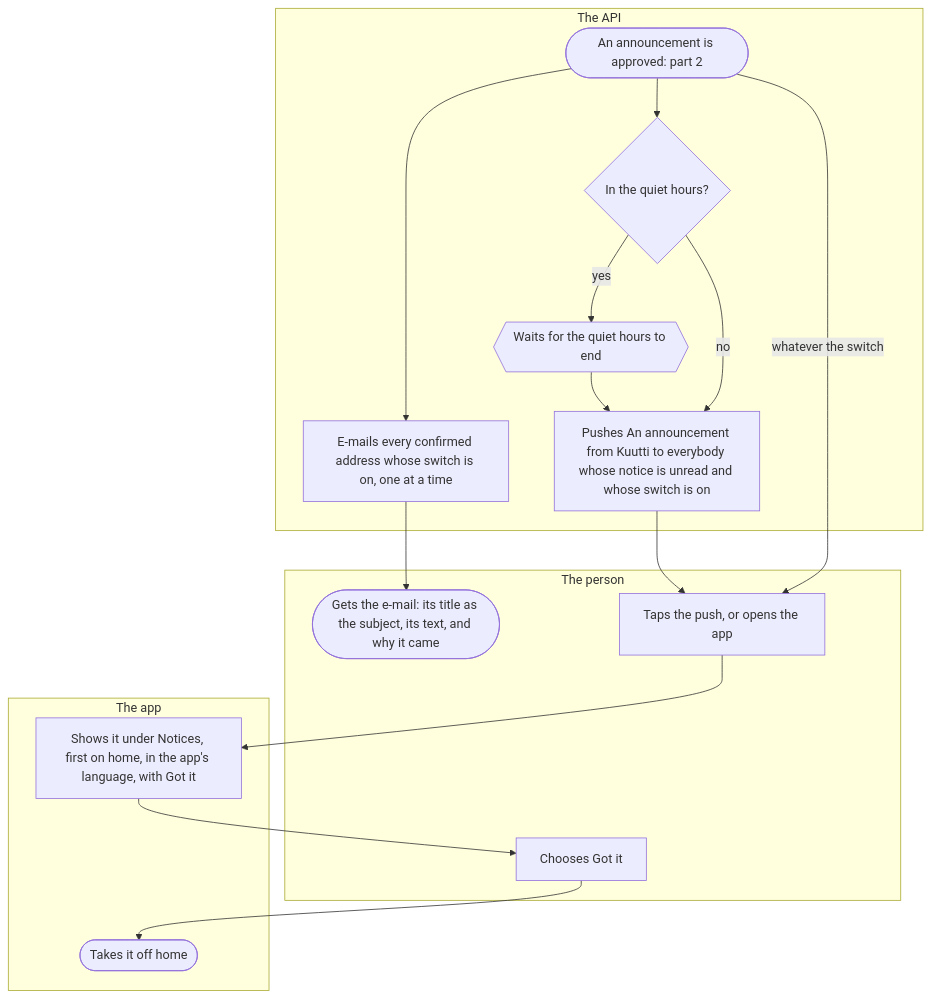
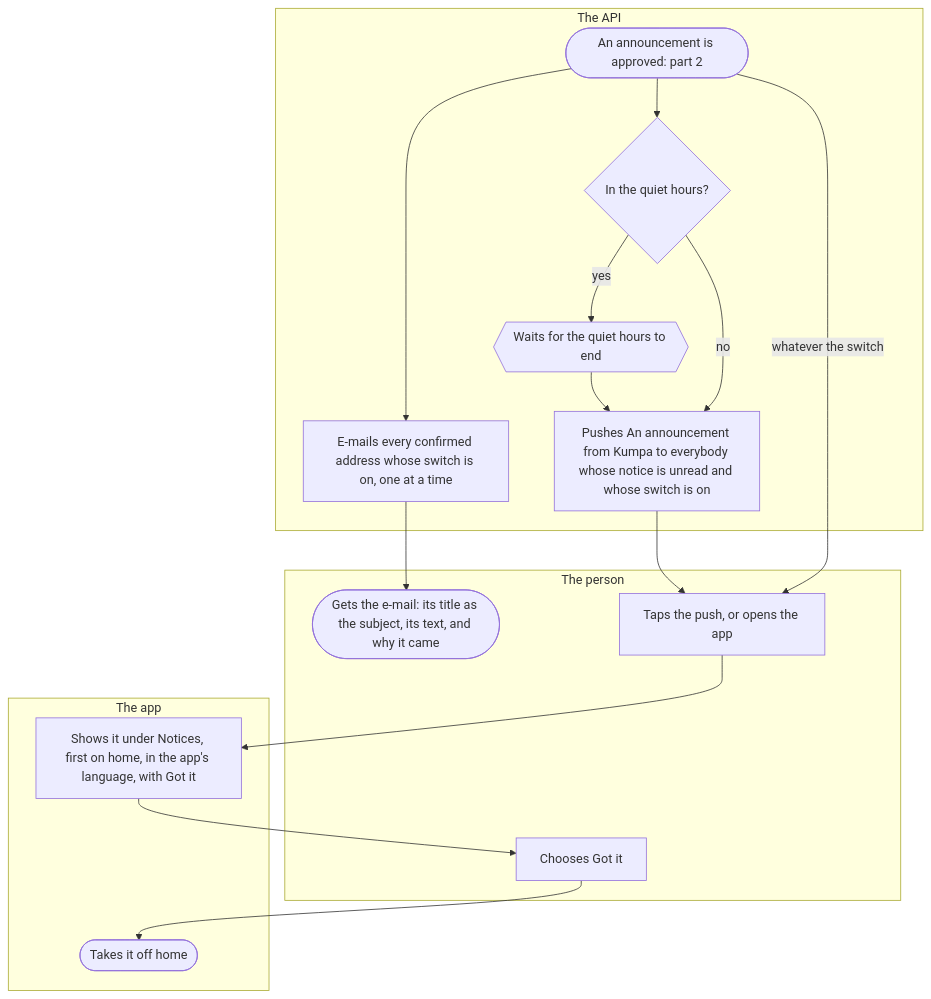
The third of 3 diagrams in docs/flows/announcements.md (kuutti-ry/kumpa-app), drawn with Mermaid before and after one commit. The commit also changed other lines of this file and 106 other files, not shown here.

````diff
--- a/docs/flows/announcements.md
+++ b/docs/flows/announcements.md
@@ -118,32 +118,32 @@
 ```mermaid
 flowchart TB
   accTitle: Announcements, part 3: everybody is told
   accDescr: After the approval, the API e-mails every confirmed address whose Announcements switch is on, in the language of the person's terms, and pushes everybody whose notice is still unread and whose switch is on, once the quiet hours end if they hold. Whatever the switch, the notice waits on the home screen, in the language of the app, until Got it.
   subgraph person["The person"]
     s24(["Gets the e-mail: its title as the subject, its text, and why it came"])
     s28["Taps the push, or opens the app"]
     s30["Chooses Got it"]
   end
   subgraph app["The app"]
     s29["Shows it under Notices, first on home, in the app's language, with Got it"]
     s31(["Takes it off home"])
   end
   subgraph api["The API"]
     s22(["An announcement is approved: part 2"])
     s23["E-mails every confirmed address whose switch is on, one at a time"]
     s25{"In the quiet hours?"}
     s26{{"Waits for the quiet hours to end"}}
-    s27["Pushes An announcement from Kuutti to everybody whose notice is unread and whose switch is on"]
+    s27["Pushes An announcement from Kumpa to everybody whose notice is unread and whose switch is on"]
   end
   s22 --> s23
   s23 --> s24
   s22 --> s25
   s25 -->|"yes"| s26
   s26 --> s27
   s25 -->|"no"| s27
   s27 --> s28
   s22 -->|"whatever the switch"| s28
   s28 --> s29
   s29 --> s30
   s30 --> s31
 ```
````
